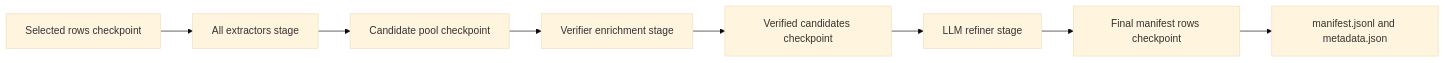
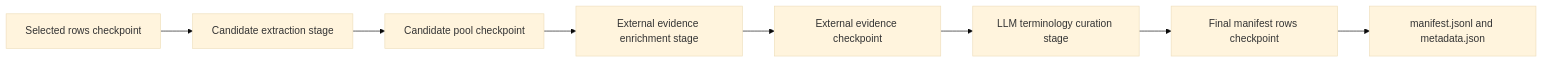
The second of 3 diagrams in docs/benchmark-generation-pipeline.md (MohammadKhodadad/Chem-Machine-Translation), drawn with Mermaid (base theme) before and after one commit. The commit also changed other lines of this file and 34 other files, not shown here.

````diff
--- a/docs/benchmark-generation-pipeline.md
+++ b/docs/benchmark-generation-pipeline.md
@@ -69,10 +69,10 @@
 ```mermaid
 flowchart LR
-  A[Selected rows checkpoint] --> B[All extractors stage]
+  A[Selected rows checkpoint] --> B[Candidate extraction stage]
   B --> C[Candidate pool checkpoint]
-  C --> D[Verifier enrichment stage]
-  D --> E[Verified candidates checkpoint]
-  E --> F[LLM refiner stage]
+  C --> D[External evidence enrichment stage]
+  D --> E[External evidence checkpoint]
+  E --> F[LLM terminology curation stage]
   F --> G[Final manifest rows checkpoint]
   G --> H[manifest.jsonl and metadata.json]
 ```
````
